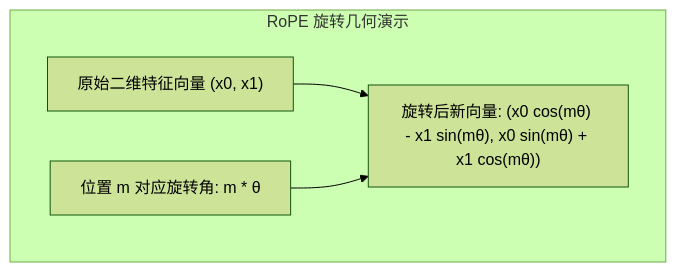
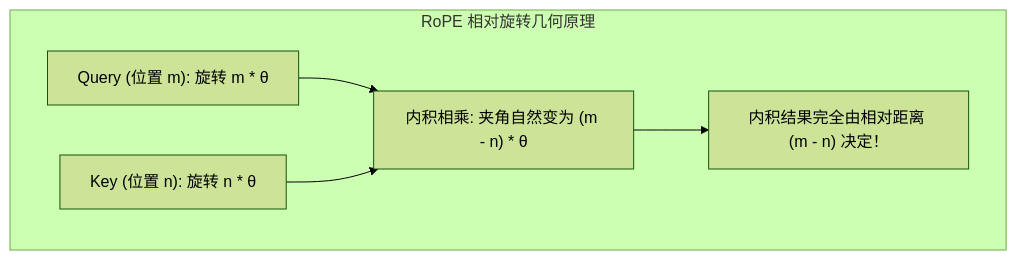
One commit to hqu-little-boy/blog changed the second of 3 diagrams in src/content/posts/dl-operators-05-positional-encoding-rope-alibi-guide.md. Above: the diagram before and after it, drawn with Mermaid (forest theme). The commit also changed other lines of this file and 11 other files, not shown here.

````diff
--- a/src/content/posts/dl-operators-05-positional-encoding-rope-alibi-guide.md
+++ b/src/content/posts/dl-operators-05-positional-encoding-rope-alibi-guide.md
@@ -147,10 +118,11 @@
 ```mermaid
 graph TD
-    subgraph RoPERotation["RoPE 旋转几何演示"]
-        Vector["原始二维特征向量 (x0, x1)"]
-        Angle["位置 m 对应旋转角: m * θ"]
-        Rotated["旋转后新向量: (x0 cos(mθ) - x1 sin(mθ), x0 sin(mθ) + x1 cos(mθ))"]
-        Vector --> Rotated
-        Angle --> Rotated
+    subgraph RoPEMagic["RoPE 相对旋转几何原理"]
+        Q["Query (位置 m): 旋转 m * θ"]
+        K["Key (位置 n): 旋转 n * θ"]
+        Dot["内积相乘: 夹角自然变为 (m - n) * θ"]
+        Q --> Dot
+        K --> Dot
+        Dot --> Result["内积结果完全由相对距离 (m - n) 决定！"]
     end
 ```
````
